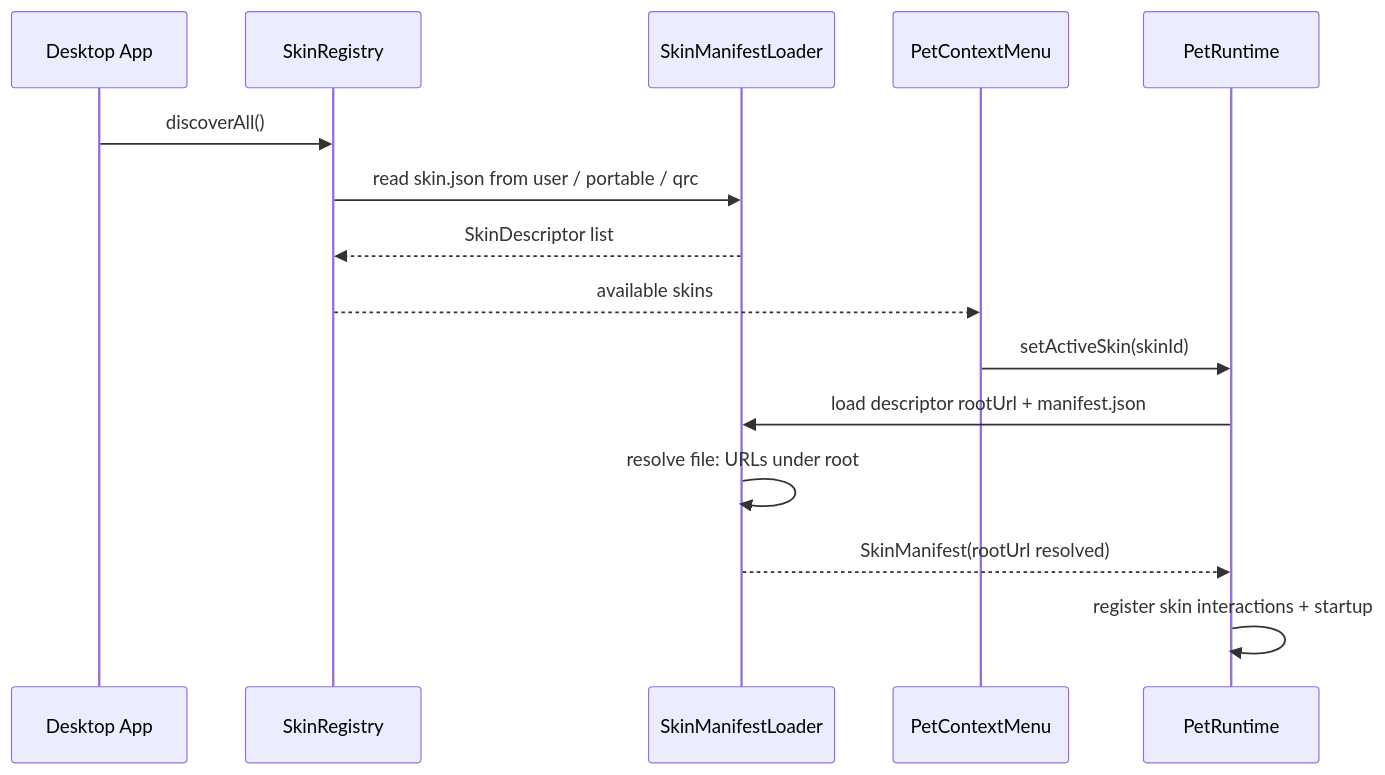
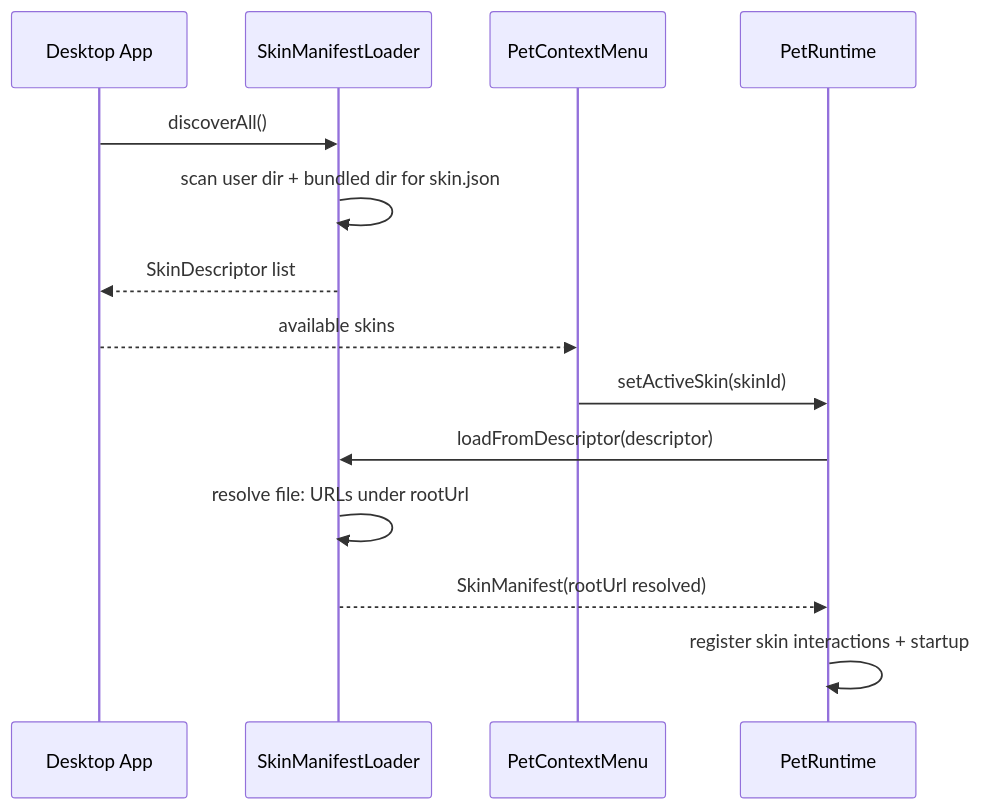
The third of 4 diagrams in docs/v2/设计方案/皮肤包分发与加载机制设计.md (tiantian180/MilesEdgeworth), drawn with Mermaid before and after one commit. The commit also changed other lines of this file and 43 other files, not shown here.

````diff
--- a/docs/v2/设计方案/皮肤包分发与加载机制设计.md
+++ b/docs/v2/设计方案/皮肤包分发与加载机制设计.md
@@ -165,18 +175,17 @@
 ```mermaid
 sequenceDiagram
     participant App as Desktop App
-    participant Registry as SkinRegistry
     participant Loader as SkinManifestLoader
     participant Menu as PetContextMenu
     participant Runtime as PetRuntime
 
-    App->>Registry: discoverAll()
-    Registry->>Loader: read skin.json from user / portable / qrc
-    Loader-->>Registry: SkinDescriptor list
-    Registry-->>Menu: available skins
+    App->>Loader: discoverAll()
+    Loader->>Loader: scan user dir + bundled dir for skin.json
+    Loader-->>App: SkinDescriptor list
+    App-->>Menu: available skins
     Menu->>Runtime: setActiveSkin(skinId)
-    Runtime->>Loader: load descriptor rootUrl + manifest.json
-    Loader->>Loader: resolve file: URLs under root
+    Runtime->>Loader: loadFromDescriptor(descriptor)
+    Loader->>Loader: resolve file: URLs under rootUrl
     Loader-->>Runtime: SkinManifest(rootUrl resolved)
     Runtime->>Runtime: register skin interactions + startup
 ```
````
